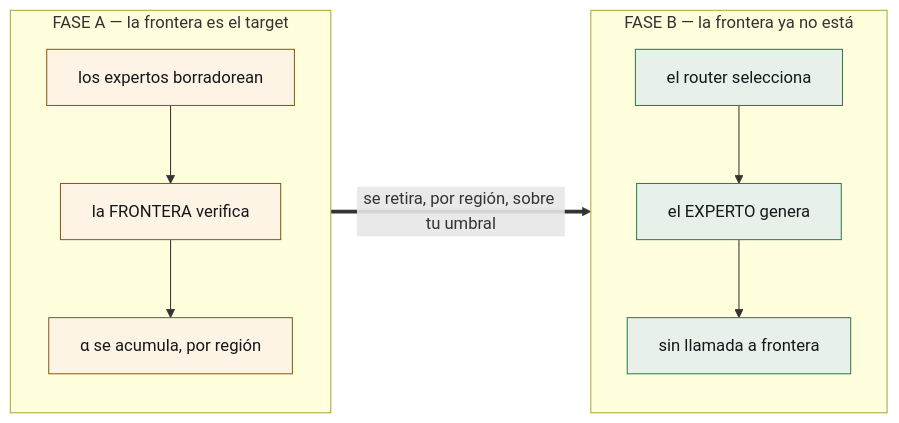
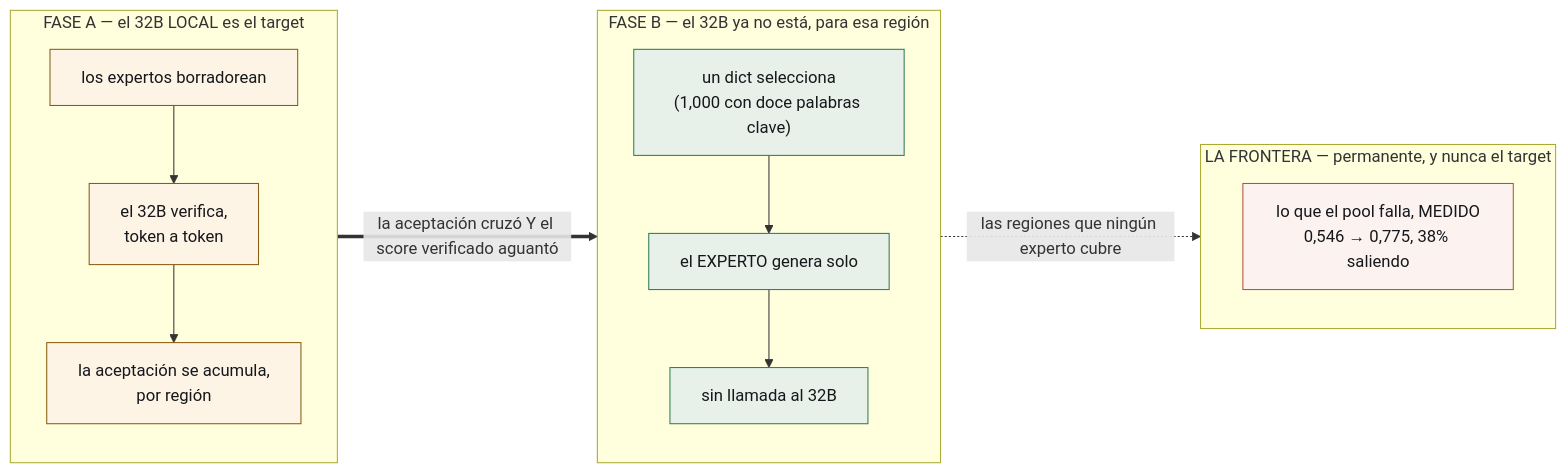
The second of 2 diagrams in README.es.md (EvolvingAgentsLabs/lora-kernel), drawn with Mermaid before and after one commit. The commit also changed other lines of this file and 7 other files, not shown here.

````diff
--- a/README.es.md
+++ b/README.es.md
@@ -177,17 +181,24 @@
 ```mermaid
 flowchart LR
-    subgraph PA["FASE A — la frontera es el target"]
+    subgraph PA["FASE A — el 32B LOCAL es el target"]
         direction TB
-        A1["los expertos borradorean"] --> A2["la FRONTERA verifica"] --> A3["α se acumula, por región"]
+        A1["los expertos borradorean"] --> A2["el 32B verifica,<br>token a token"] --> A3["la aceptación se acumula,<br>por región"]
     end
-    subgraph PB["FASE B — la frontera ya no está"]
+    subgraph PB["FASE B — el 32B ya no está, para esa región"]
         direction TB
-        B1["el router selecciona"] --> B2["el EXPERTO genera"] --> B3["sin llamada a frontera"]
+        B1["un dict selecciona<br>(1,000 con doce palabras clave)"] --> B2["el EXPERTO genera solo"] --> B3["sin llamada al 32B"]
     end
-    PA == "se retira, por región, sobre tu umbral" ==> PB
+    subgraph FR["LA FRONTERA — permanente, y nunca el target"]
+        direction TB
+        F1["lo que el pool falla, MEDIDO<br>0,546 → 0,775, 38% saliendo"]
+    end
+    PA == "la aceptación cruzó Y el score verificado aguantó" ==> PB
+    PB -. "las regiones que ningún experto cubre" .-> FR
 
     classDef a fill:#FDF4E6,stroke:#8A5C10,color:#15171B
     classDef b fill:#E7F1EA,stroke:#2E7D4F,color:#15171B
     class A1,A2,A3 a
     class B1,B2,B3 b
+    class F1 f
+    classDef f fill:#FCF3F1,stroke:#B0523C,color:#15171B
 ```
````
